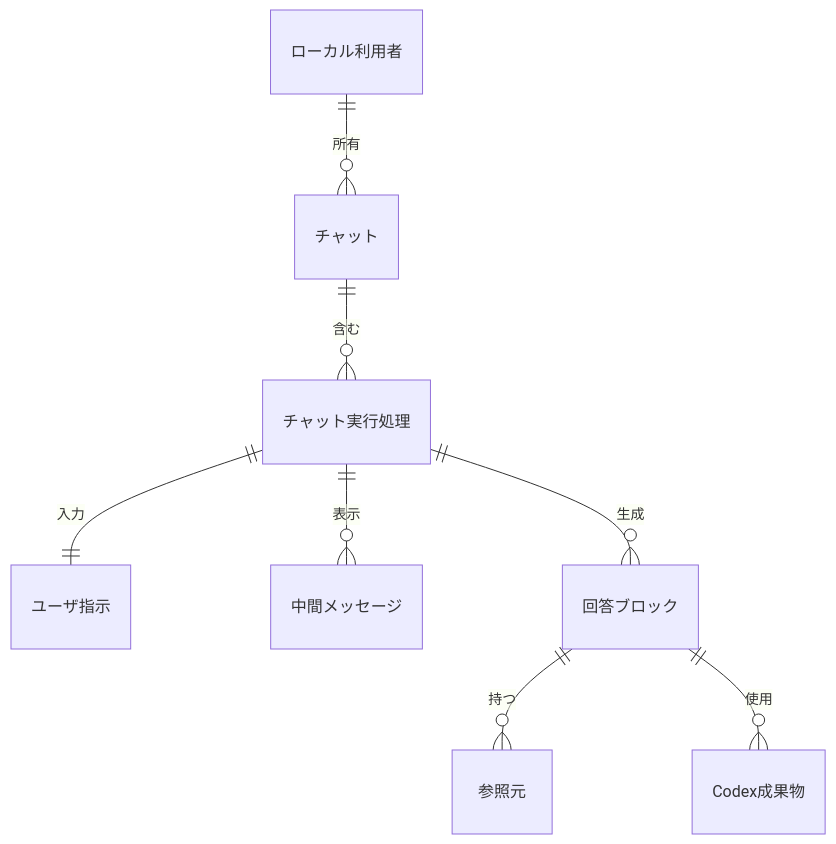
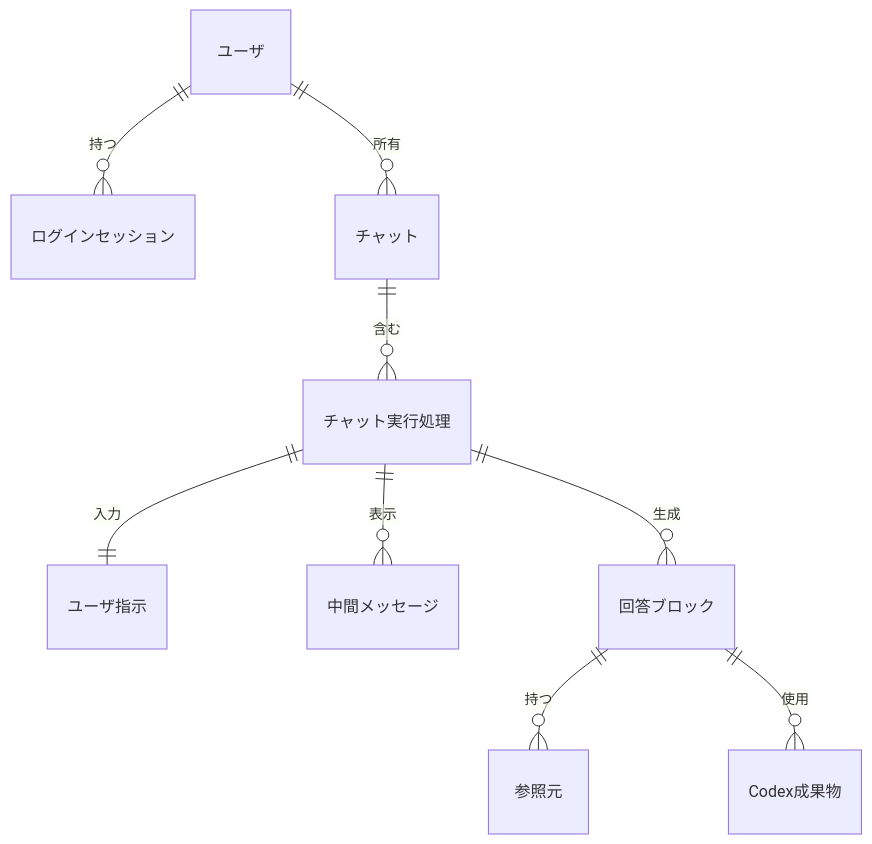
The diagram in docs/02_外部設計/05_論理データ設計/論理データ設計.md (mincsys/D-Concierge), drawn with Mermaid before and after one commit. The commit also changed other lines of this file and 83 other files, not shown here.

````diff
--- a/docs/02_外部設計/05_論理データ設計/論理データ設計.md
+++ b/docs/02_外部設計/05_論理データ設計/論理データ設計.md
@@ -35,10 +36,11 @@
 ```mermaid
 erDiagram
-    ローカル利用者 ||--o{ チャット : 所有
+    ユーザ ||--o{ ログインセッション : 持つ
+    ユーザ ||--o{ チャット : 所有
     チャット ||--o{ チャット実行処理 : 含む
     チャット実行処理 ||--|| ユーザ指示 : 入力
     チャット実行処理 ||--o{ 中間メッセージ : 表示
     チャット実行処理 ||--o{ 回答ブロック : 生成
     回答ブロック ||--o{ 参照元 : 持つ
     回答ブロック ||--o{ Codex成果物 : 使用
 ```
````
